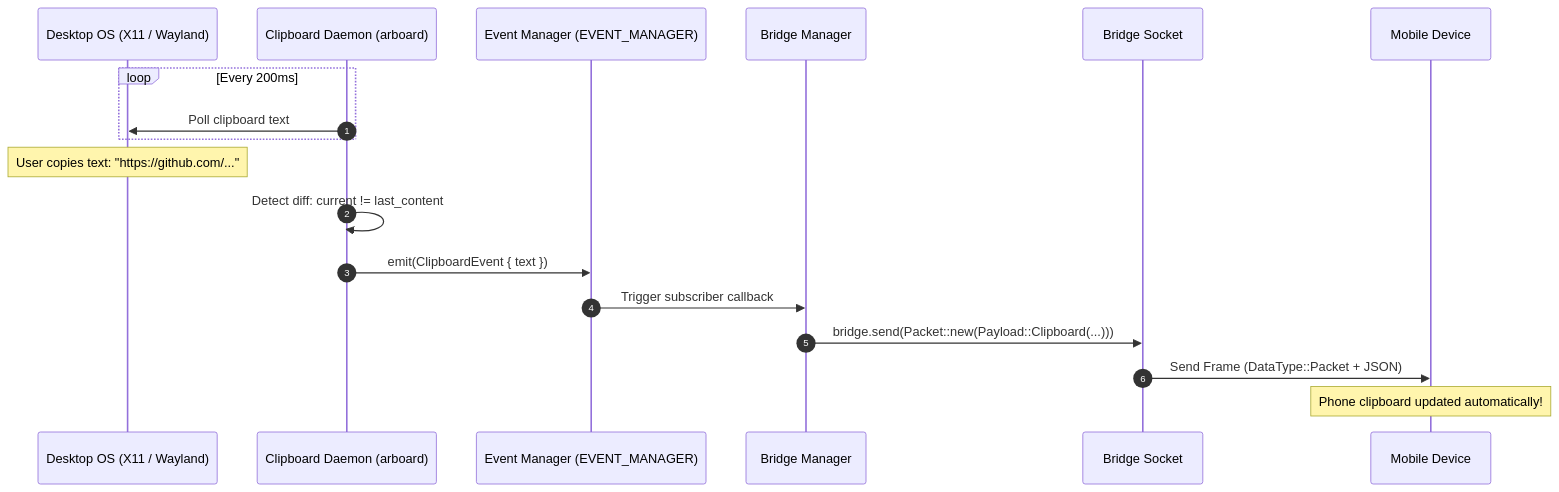
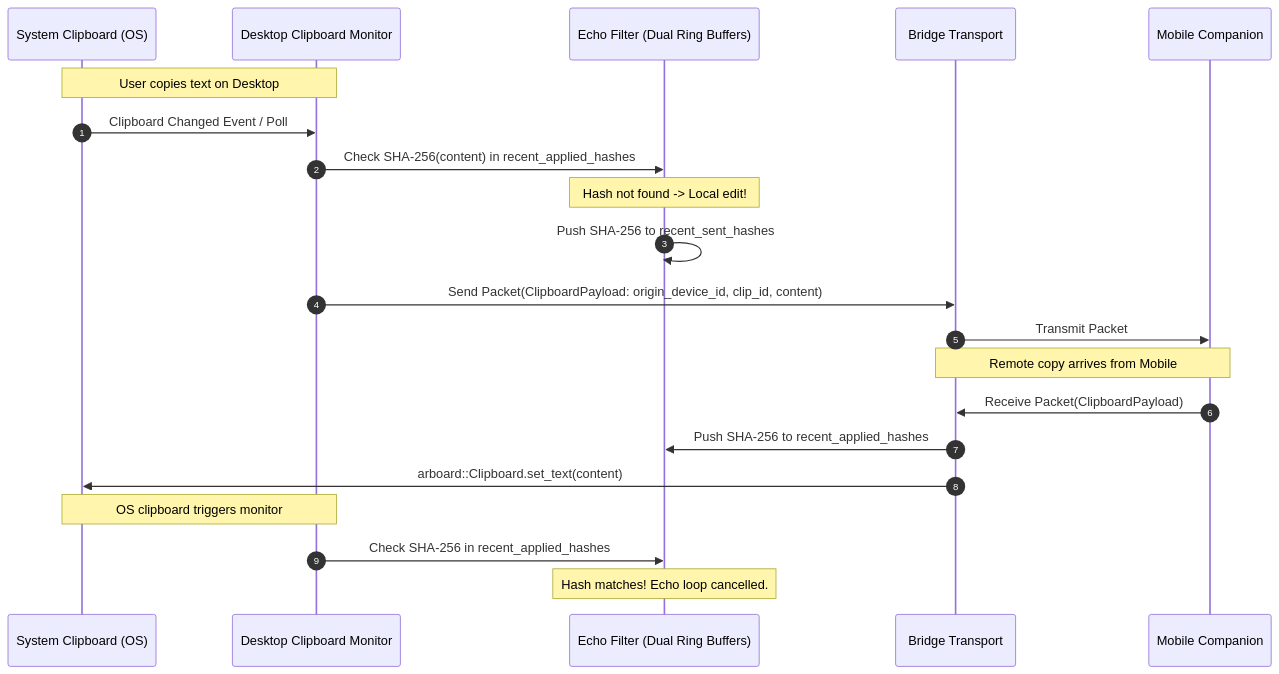
One commit to franckKyete/tools-desktop-tauri changed the diagram in docs/tools/clipboard.md. Above: the diagram before and after it, drawn with Mermaid. The commit also changed other lines of this file and 120 other files, not shown here.

First line of the commit message:
feat(planning): complete Phase 1 Core Trio architectural decisions and documentation

````diff
--- a/docs/tools/clipboard.md
+++ b/docs/tools/clipboard.md
@@ -9,22 +9,25 @@
 ```mermaid
 sequenceDiagram
     autonumber
-    participant OS as Desktop OS (X11 / Wayland)
-    participant CD as Clipboard Daemon (arboard)
-    participant EM as Event Manager (EVENT_MANAGER)
-    participant BM as Bridge Manager
-    participant Bridge as Bridge Socket
-    participant Mobile as Mobile Device
+    participant LocalClip as System Clipboard (OS)
+    participant Monitor as Desktop Clipboard Monitor
+    participant Filter as Echo Filter (Dual Ring Buffers)
+    participant Bridge as Bridge Transport
+    participant Mobile as Mobile Companion
 
-    loop Every 200ms
-        CD->>OS: Poll clipboard text
-    end
+    Note over LocalClip,Monitor: User copies text on Desktop
+    LocalClip->>Monitor: Clipboard Changed Event / Poll
+    Monitor->>Filter: Check SHA-256(content) in recent_applied_hashes
+    Note over Filter: Hash not found -> Local edit!
+    Filter->>Filter: Push SHA-256 to recent_sent_hashes
+    Monitor->>Bridge: Send Packet(ClipboardPayload: origin_device_id, clip_id, content)
+    Bridge->>Mobile: Transmit Packet
 
-    Note over OS: User copies text: "https://github.com/..."
-    CD->>CD: Detect diff: current != last_content
-    CD->>EM: emit(ClipboardEvent { text })
-    EM->>BM: Trigger subscriber callback
-    BM->>Bridge: bridge.send(Packet::new(Payload::Clipboard(...)))
-    Bridge->>Mobile: Send Frame (DataType::Packet + JSON)
-    Note over Mobile: Phone clipboard updated automatically!
+    Note over Mobile,Bridge: Remote copy arrives from Mobile
+    Mobile->>Bridge: Receive Packet(ClipboardPayload)
+    Bridge->>Filter: Push SHA-256 to recent_applied_hashes
+    Bridge->>LocalClip: arboard::Clipboard.set_text(content)
+    Note over LocalClip,Monitor: OS clipboard triggers monitor
+    Monitor->>Filter: Check SHA-256 in recent_applied_hashes
+    Note over Filter: Hash matches! Echo loop cancelled.
 ```
````
